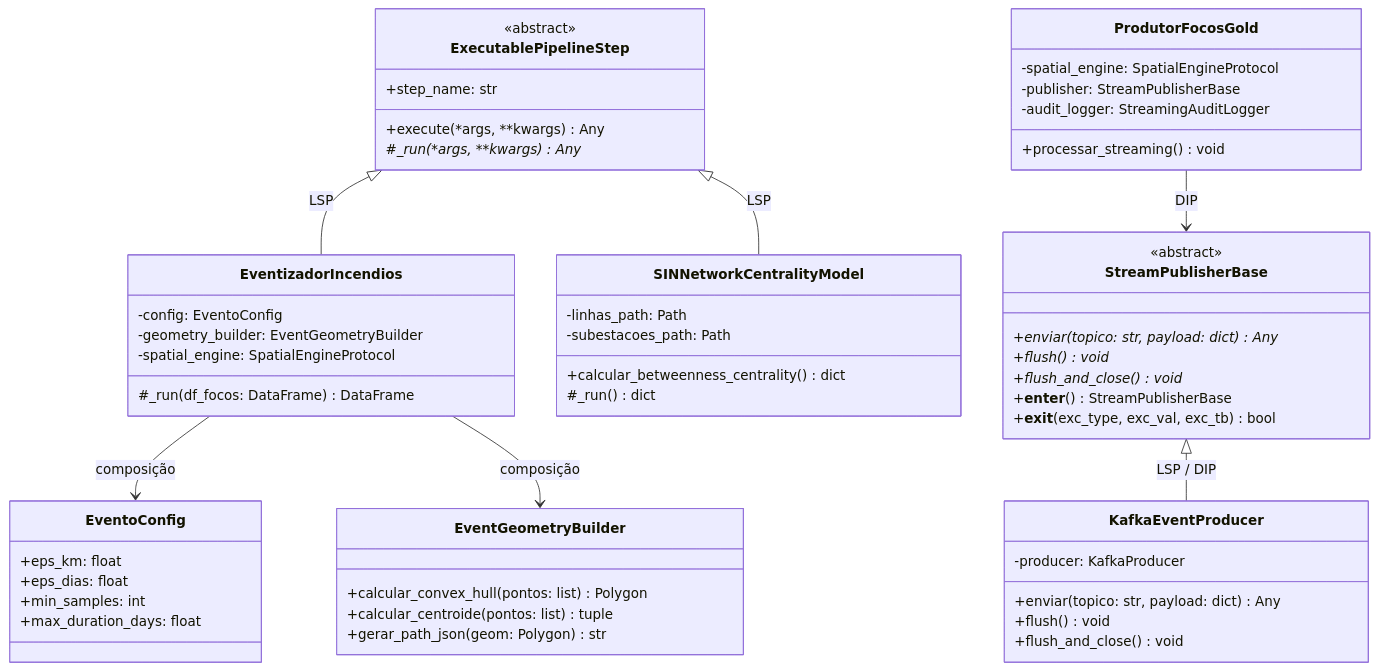
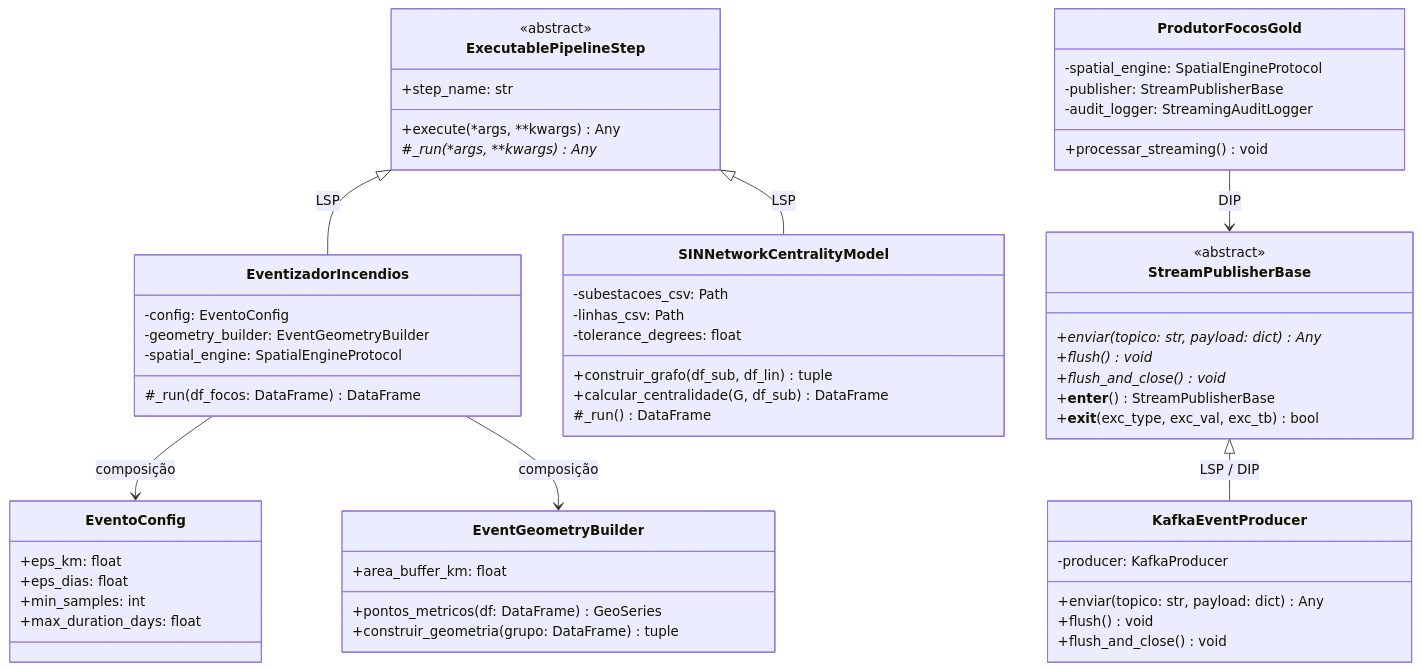
One commit to gabriel-goncalves1122/mapeamento-risco-queimadas-inpe changed the first of 2 diagrams in src/gold/README.md. Above: the diagram before and after it, drawn with Mermaid. The commit also changed other lines of this file and 36 other files, not shown here.

````diff
--- a/src/gold/README.md
+++ b/src/gold/README.md
@@ -53,69 +52,71 @@
 ```mermaid
 classDiagram
     direction TB
 
     class ExecutablePipelineStep {
         <<abstract>>
         +step_name: str
         +execute(*args, **kwargs) Any
         #_run(*args, **kwargs)* Any
     }
 
     class StreamPublisherBase {
         <<abstract>>
         +enviar(topico: str, payload: dict)* Any
         +flush()* void
         +flush_and_close()* void
         +__enter__() StreamPublisherBase
         +__exit__(exc_type, exc_val, exc_tb) bool
     }
 
     class EventoConfig {
         +eps_km: float
         +eps_dias: float
         +min_samples: int
         +max_duration_days: float
     }
 
     class EventGeometryBuilder {
-        +calcular_convex_hull(pontos: list) Polygon
-        +calcular_centroide(pontos: list) tuple
-        +gerar_path_json(geom: Polygon) str
+        +area_buffer_km: float
+        +pontos_metricos(df: DataFrame) GeoSeries
+        +construir_geometria(grupo: DataFrame) tuple
     }
 
     class EventizadorIncendios {
         -config: EventoConfig
         -geometry_builder: EventGeometryBuilder
         -spatial_engine: SpatialEngineProtocol
         #_run(df_focos: DataFrame) DataFrame
     }
 
     class SINNetworkCentralityModel {
-        -linhas_path: Path
-        -subestacoes_path: Path
-        +calcular_betweenness_centrality() dict
-        #_run() dict
+        -subestacoes_csv: Path
+        -linhas_csv: Path
+        -tolerance_degrees: float
+        +construir_grafo(df_sub, df_lin) tuple
+        +calcular_centralidade(G, df_sub) DataFrame
+        #_run() DataFrame
     }
 
     class KafkaEventProducer {
         -producer: KafkaProducer
         +enviar(topico: str, payload: dict) Any
         +flush() void
         +flush_and_close() void
     }
 
     class ProdutorFocosGold {
         -spatial_engine: SpatialEngineProtocol
         -publisher: StreamPublisherBase
         -audit_logger: StreamingAuditLogger
         +processar_streaming() void
     }
 
     ExecutablePipelineStep <|-- EventizadorIncendios : LSP
     ExecutablePipelineStep <|-- SINNetworkCentralityModel : LSP
     StreamPublisherBase <|-- KafkaEventProducer : LSP / DIP
 
     EventizadorIncendios --> EventoConfig : composição
     EventizadorIncendios --> EventGeometryBuilder : composição
     ProdutorFocosGold --> StreamPublisherBase : DIP
 ```
````
